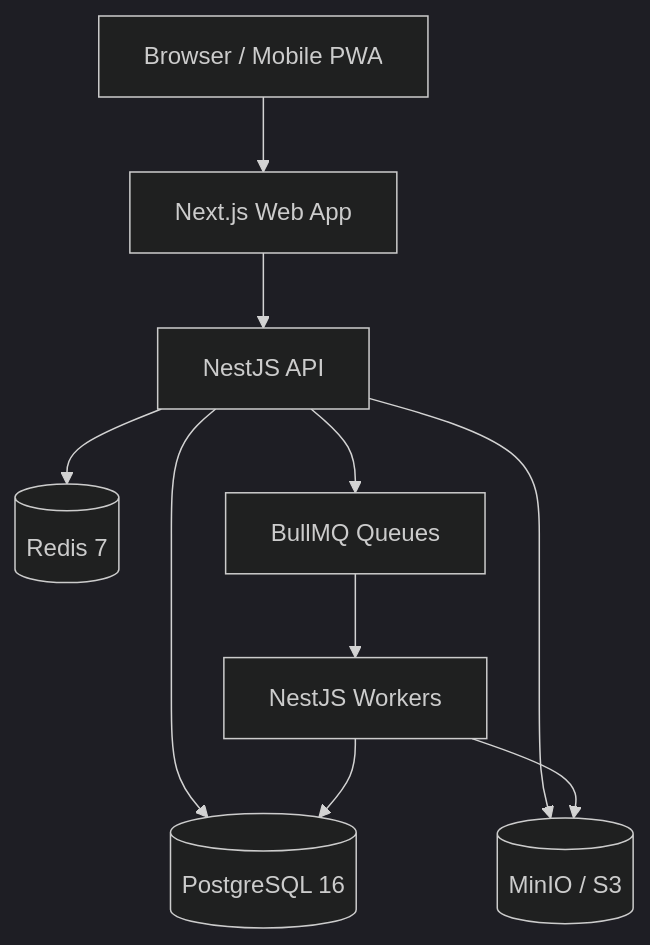
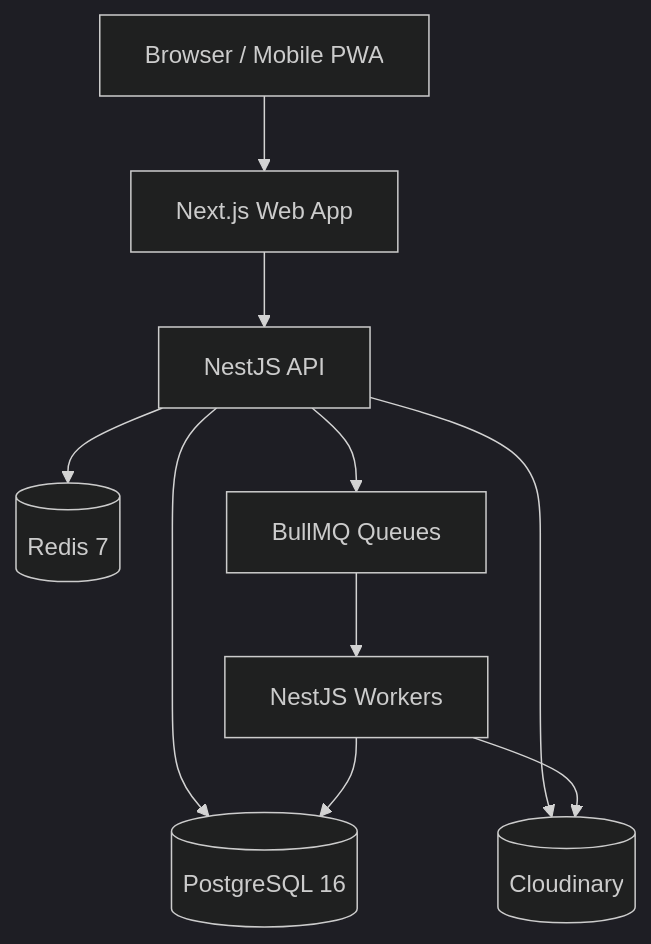
The first of 4 diagrams in .claude/reference/architecture.md (Infinito2k26/Infinito2026), drawn with Mermaid (dark theme) before and after one commit. The commit also changed other lines of this file and 15 other files, not shown here.

````diff
--- a/.claude/reference/architecture.md
+++ b/.claude/reference/architecture.md
@@ -17,12 +17,12 @@
 ```mermaid
 flowchart TD
   Browser[Browser / Mobile PWA] --> Web[Next.js Web App]
   Web --> API[NestJS API]
   API --> Postgres[(PostgreSQL 16)]
   API --> Redis[(Redis 7)]
-  API --> MinIO[(MinIO / S3)]
+  API --> Cloudinary[(Cloudinary)]
   API --> Queues[BullMQ Queues]
   Queues --> Workers[NestJS Workers]
   Workers --> Postgres
-  Workers --> MinIO
+  Workers --> Cloudinary
 ```
````
